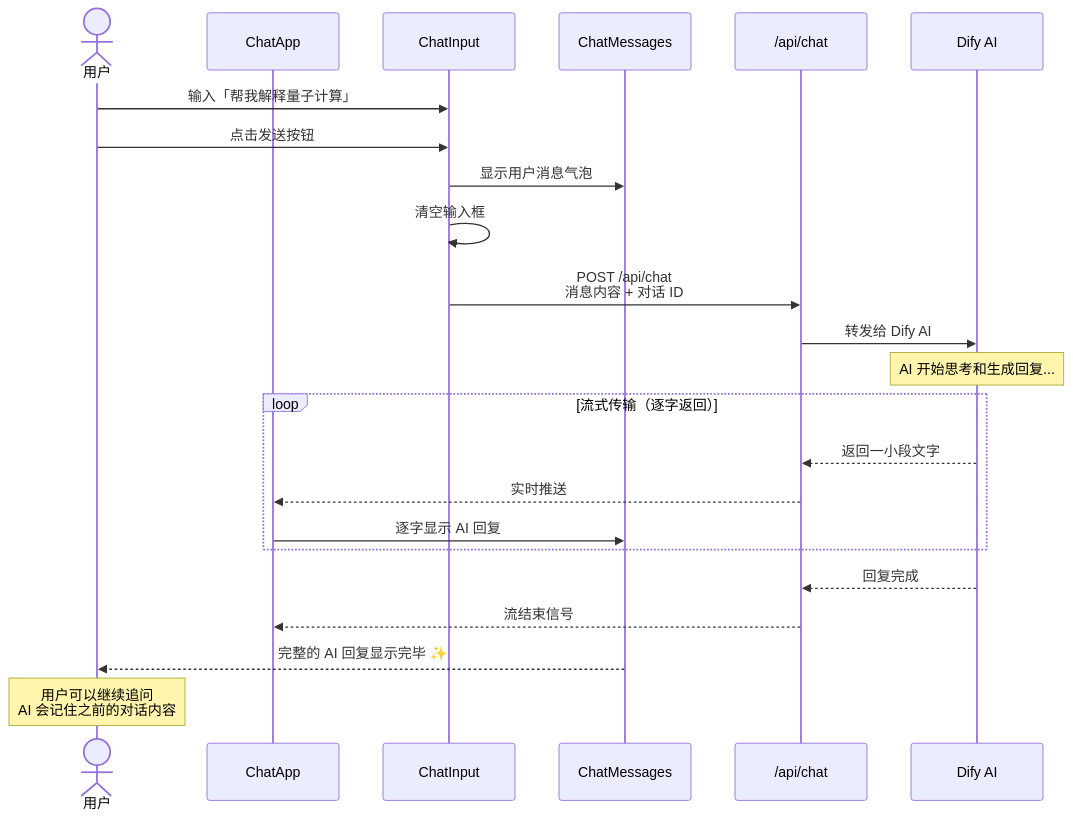
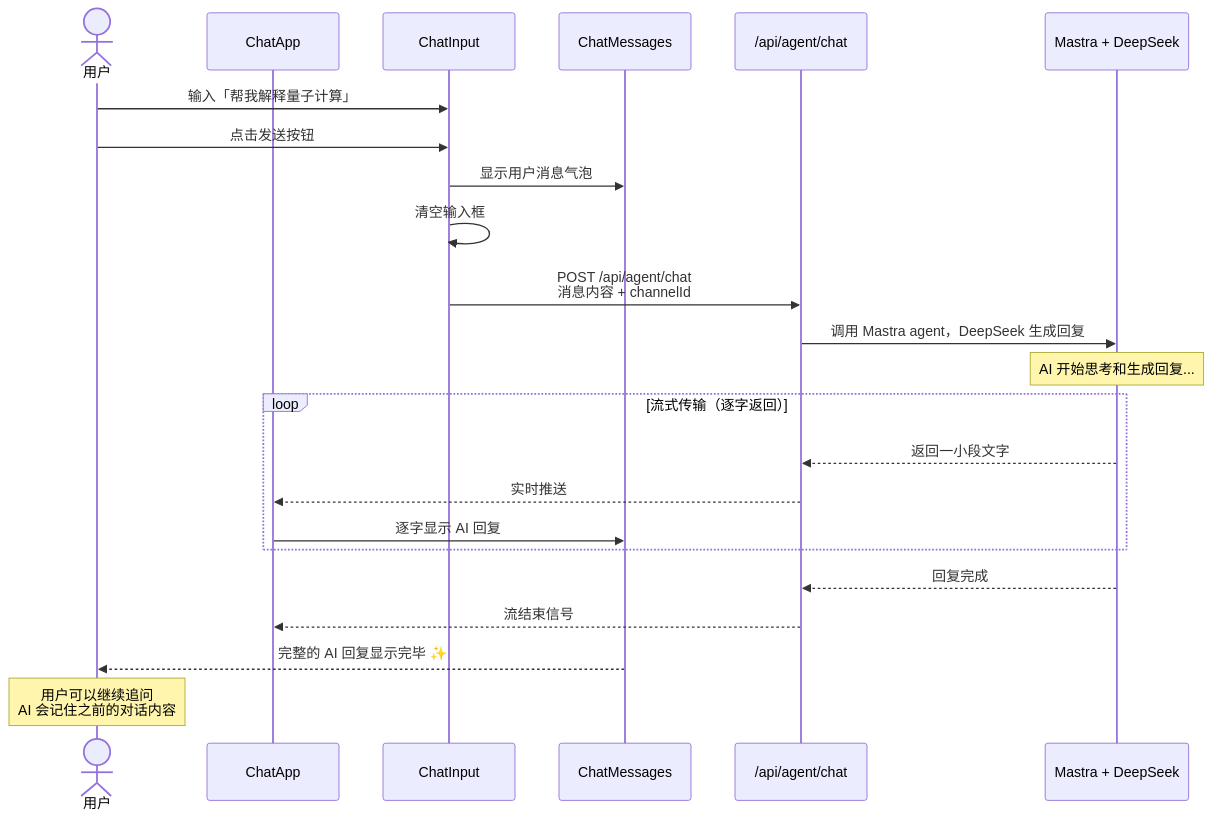
Before and after one commit to hiyeshu/kyo.is: the sixth of 21 diagrams in docs/explain/05-user-journey.md, drawn with Mermaid. The commit also changed other lines of this file and 127 other files, not shown here.

Commit message:
migrate kyo to cloudflare mastra agent

````diff
--- a/docs/explain/05-user-journey.md
+++ b/docs/explain/05-user-journey.md
@@ -147,34 +147,34 @@
 ```mermaid
 sequenceDiagram
     actor 用户
     participant 聊天窗口 as ChatApp
     participant 输入框 as ChatInput
     participant 消息列表 as ChatMessages
-    participant 后端 as /api/chat
-    participant AI平台 as Dify AI
+    participant 后端 as /api/agent/chat
+    participant AI平台 as Mastra + DeepSeek
 
     用户->>输入框: 输入「帮我解释量子计算」
     用户->>输入框: 点击发送按钮
 
     输入框->>消息列表: 显示用户消息气泡
     输入框->>输入框: 清空输入框
 
-    输入框->>后端: POST /api/chat<br/>消息内容 + 对话 ID
+    输入框->>后端: POST /api/agent/chat<br/>消息内容 + channelId
 
-    后端->>AI平台: 转发给 Dify AI
+    后端->>AI平台: 调用 Mastra agent，DeepSeek 生成回复
 
     Note over AI平台: AI 开始思考和生成回复...
 
     loop 流式传输（逐字返回）
         AI平台-->>后端: 返回一小段文字
         后端-->>聊天窗口: 实时推送
         聊天窗口->>消息列表: 逐字显示 AI 回复
     end
 
     AI平台-->>后端: 回复完成
     后端-->>聊天窗口: 流结束信号
 
     消息列表-->>用户: 完整的 AI 回复显示完毕 ✨
 
     Note over 用户: 用户可以继续追问<br/>AI 会记住之前的对话内容
 ```
````
